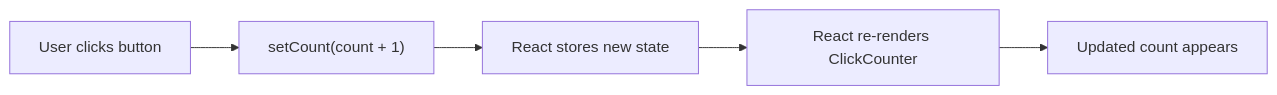
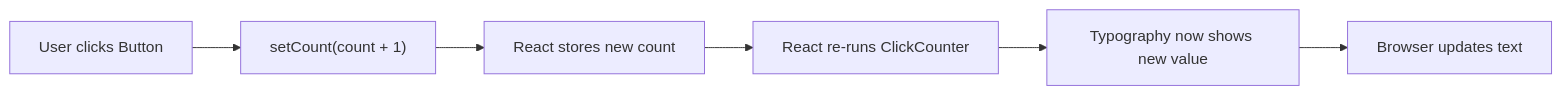
One commit to matthewlovestocode/designated changed the diagram in docs/web/components/click-counter.md. Above: the diagram before and after it, drawn with Mermaid. The commit also changed other lines of this file and 35 other files, not shown here.

````diff
--- a/docs/web/components/click-counter.md
+++ b/docs/web/components/click-counter.md
@@ -111,7 +162,8 @@
 ```mermaid
 flowchart LR
-    A["User clicks button"] --> B["setCount(count + 1)"]
-    B --> C["React stores new state"]
-    C --> D["React re-renders ClickCounter"]
-    D --> E["Updated count appears"]
+    A["User clicks Button"] --> B["setCount(count + 1)"]
+    B --> C["React stores new count"]
+    C --> D["React re-runs ClickCounter"]
+    D --> E["Typography now shows new value"]
+    E --> F["Browser updates text"]
 ```
````
